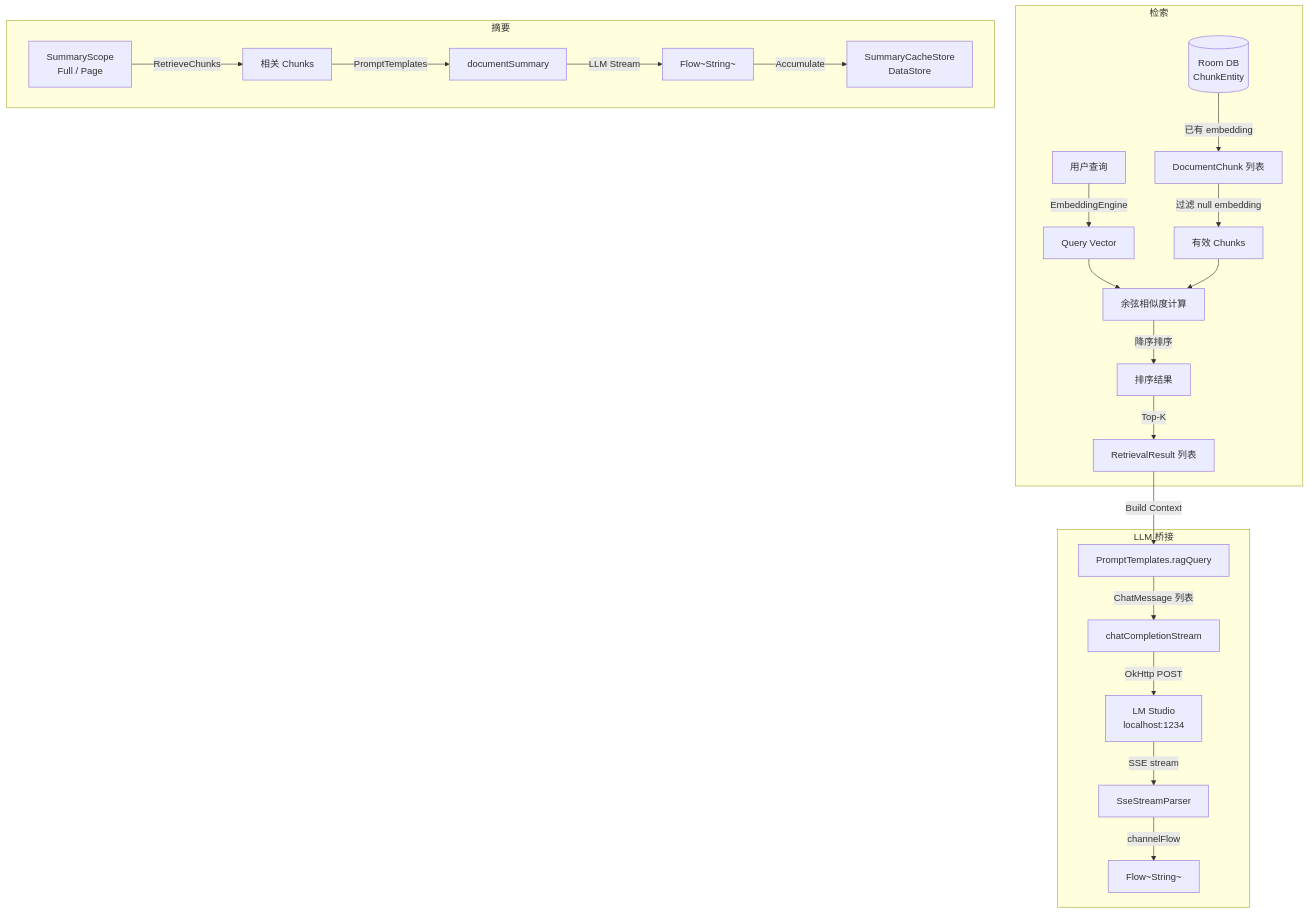
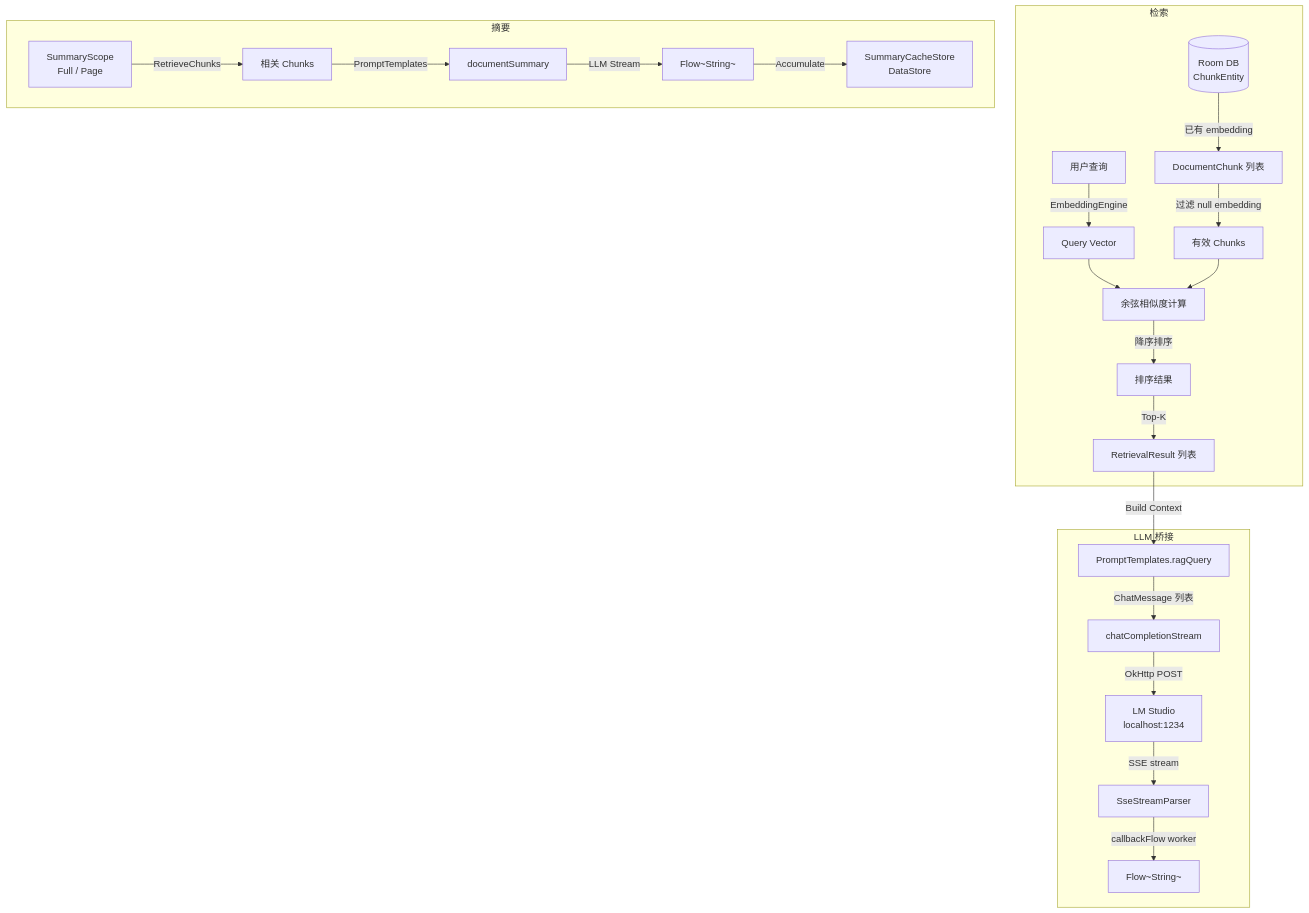
Before and after one commit to stuid-maker/pocketpdf-android: the tenth of 21 diagrams in docs/ARCHITECTURE.md, drawn with Mermaid. The commit also changed other lines of this file and 33 other files, not shown here.

````diff
--- a/docs/ARCHITECTURE.md
+++ b/docs/ARCHITECTURE.md
@@ -323,27 +323,27 @@
 ```mermaid
 graph TD
     subgraph 检索
         Query[用户查询] -->|EmbeddingEngine| QVec[Query Vector]
         Room[(Room DB<br/>ChunkEntity)] -->|已有 embedding| Chunks[DocumentChunk 列表]
         Chunks -->|过滤 null embedding| Filtered[有效 Chunks]
         QVec --> CS[余弦相似度计算]
         Filtered --> CS
         CS -->|降序排序| Sorted[排序结果]
         Sorted -->|Top-K| TopK[RetrievalResult 列表]
     end
     
     subgraph LLM 桥接
         TopK -->|Build Context| Prompt[PromptTemplates.ragQuery]
         Prompt -->|ChatMessage 列表| Stream[chatCompletionStream]
         Stream -->|OkHttp POST| LMStudio[LM Studio<br/>localhost:1234]
         LMStudio -->|SSE stream| Parser[SseStreamParser]
-        Parser -->|channelFlow| Flow[Flow~String~]
+        Parser -->|callbackFlow worker| Flow[Flow~String~]
     end
     
     subgraph 摘要
         Scope[SummaryScope<br/>Full / Page] -->|RetrieveChunks| TopK2[相关 Chunks]
         TopK2 -->|PromptTemplates| SummaryPrompt[documentSummary]
         SummaryPrompt -->|LLM Stream| SummaryFlow[Flow~String~]
         SummaryFlow -->|Accumulate| Cache[SummaryCacheStore<br/>DataStore]
     end
 ```
````
